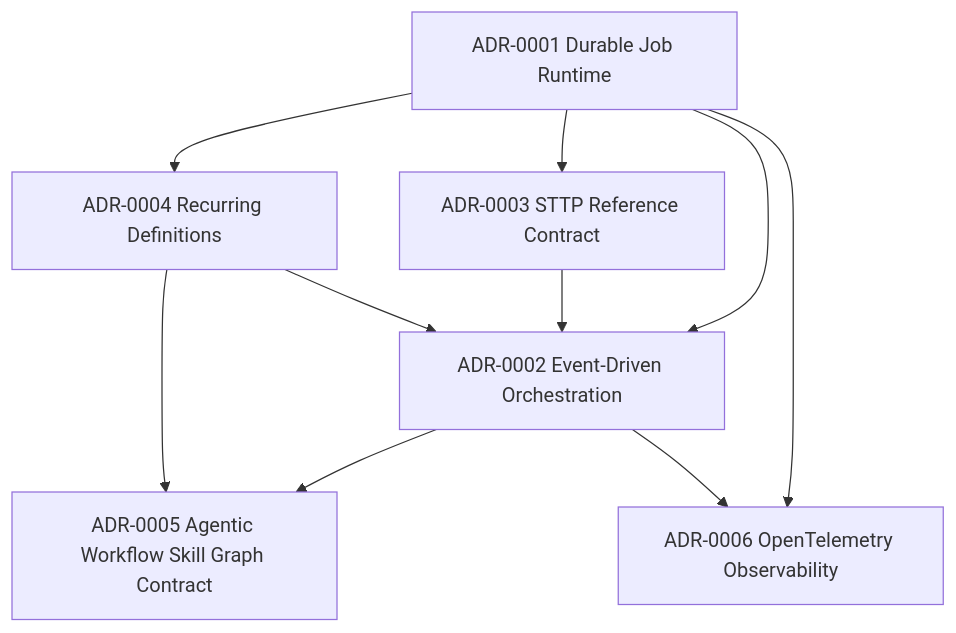
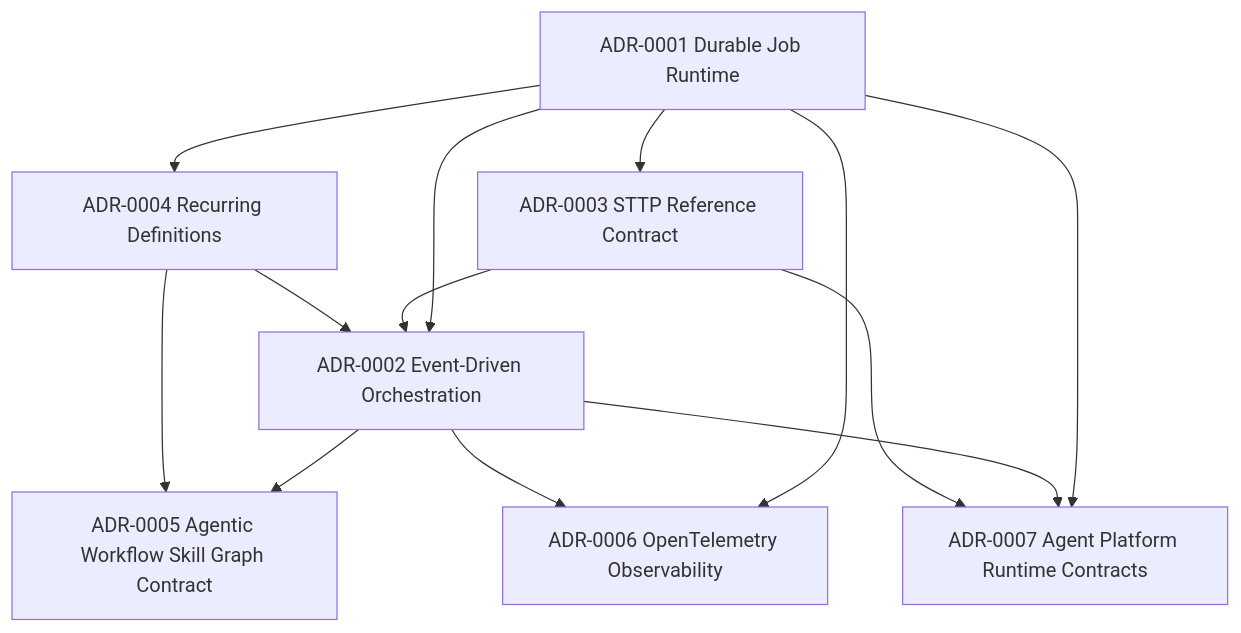
Before and after one commit to EntasisLabs/stasis: the diagram in docs-book/src/adr.md, drawn with Mermaid. The commit also changed other lines of this file and 6 other files, not shown here.

First line of the commit message:
docs: propose agent platform runtime contracts plan

````diff
--- a/docs-book/src/adr.md
+++ b/docs-book/src/adr.md
@@ -30,12 +33,15 @@
 ```mermaid
 flowchart TD
   A1[ADR-0001 Durable Job Runtime] --> A2[ADR-0002 Event-Driven Orchestration]
   A1 --> A3[ADR-0003 STTP Reference Contract]
   A1 --> A4[ADR-0004 Recurring Definitions]
   A2 --> A5[ADR-0005 Agentic Workflow Skill Graph Contract]
   A4 --> A5
   A3 --> A2
   A4 --> A2
   A1 --> A6[ADR-0006 OpenTelemetry Observability]
   A2 --> A6
+  A1 --> A7[ADR-0007 Agent Platform Runtime Contracts]
+  A2 --> A7
+  A3 --> A7
 ```
````
